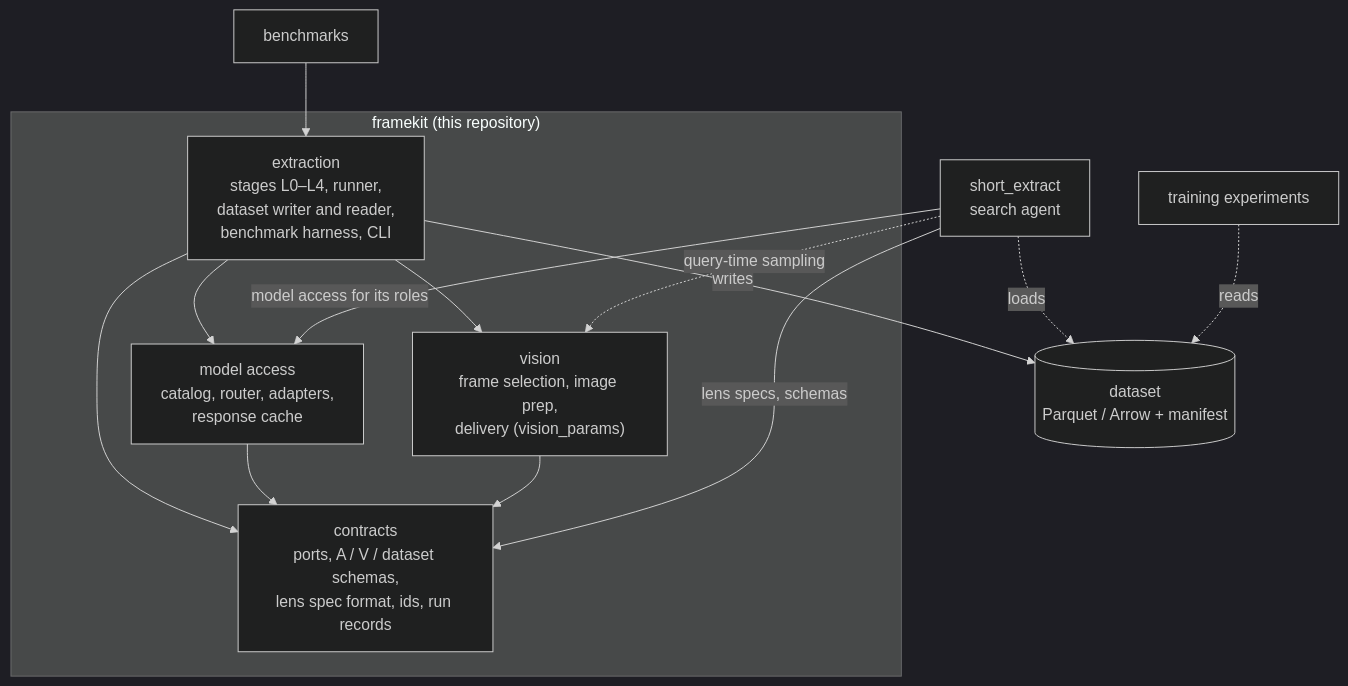
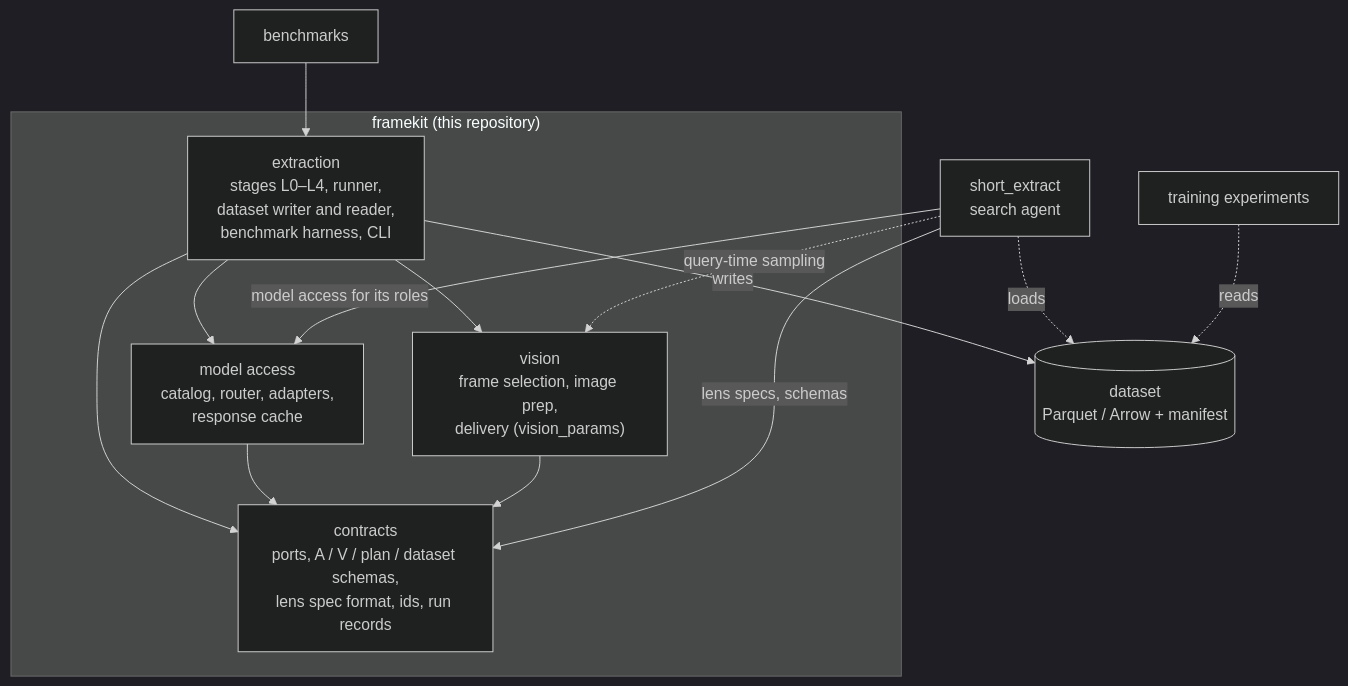
The first of 4 diagrams in docs/ARCHITECTURE.md (edyhtan/framekit), drawn with Mermaid (dark theme) before and after one commit. The commit also changed other lines of this file and 4 other files, not shown here.

````diff
--- a/docs/ARCHITECTURE.md
+++ b/docs/ARCHITECTURE.md
@@ -13,26 +13,26 @@
 ```mermaid
 flowchart TB
     subgraph LIB["framekit (this repository)"]
-        CT["contracts<br/>ports, A / V / dataset schemas,<br/>lens spec format, ids, run records"]
+        CT["contracts<br/>ports, A / V / plan / dataset schemas,<br/>lens spec format, ids, run records"]
         MA["model access<br/>catalog, router, adapters,<br/>response cache"]
         VI["vision<br/>frame selection, image prep,<br/>delivery (vision_params)"]
         EX["extraction<br/>stages L0–L4, runner,<br/>dataset writer and reader,<br/>benchmark harness, CLI"]
     end
     APP["short_extract<br/>search agent"]
     BEN["benchmarks"]
     TRN["training experiments"]
     DS[("dataset<br/>Parquet / Arrow + manifest")]
 
     EX --> MA
     EX --> VI
     EX --> CT
     MA --> CT
     VI --> CT
     EX -- "writes" --> DS
     APP -- "model access for its roles" --> MA
     APP -- "lens specs, schemas" --> CT
     APP -. "query-time sampling" .-> VI
     APP -. "loads" .-> DS
     BEN --> EX
     TRN -. "reads" .-> DS
 ```
````
